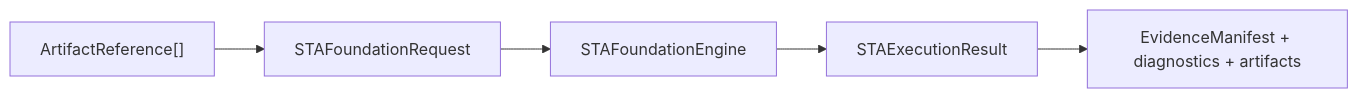
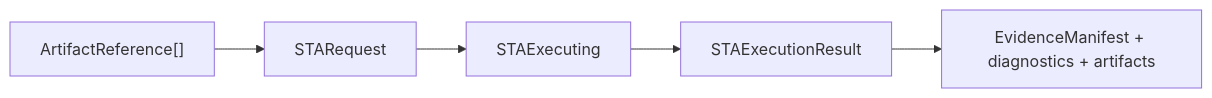
One commit to 1amageek/TimingEngine changed the second of 2 diagrams in README.md. Above: the diagram before and after it, drawn with Mermaid. The commit also changed other lines of this file and 22 other files, not shown here.

````diff
--- a/README.md
+++ b/README.md
@@ -33,7 +33,7 @@
 ```mermaid
 flowchart LR
-    Artifacts["ArtifactReference[]"] --> Request["STAFoundationRequest"]
-    Request --> Engine["STAFoundationEngine"]
+    Artifacts["ArtifactReference[]"] --> Request["STARequest"]
+    Request --> Engine["STAExecuting"]
     Engine --> Result["STAExecutionResult"]
     Result --> Provenance["EvidenceManifest + diagnostics + artifacts"]
 ```
````
